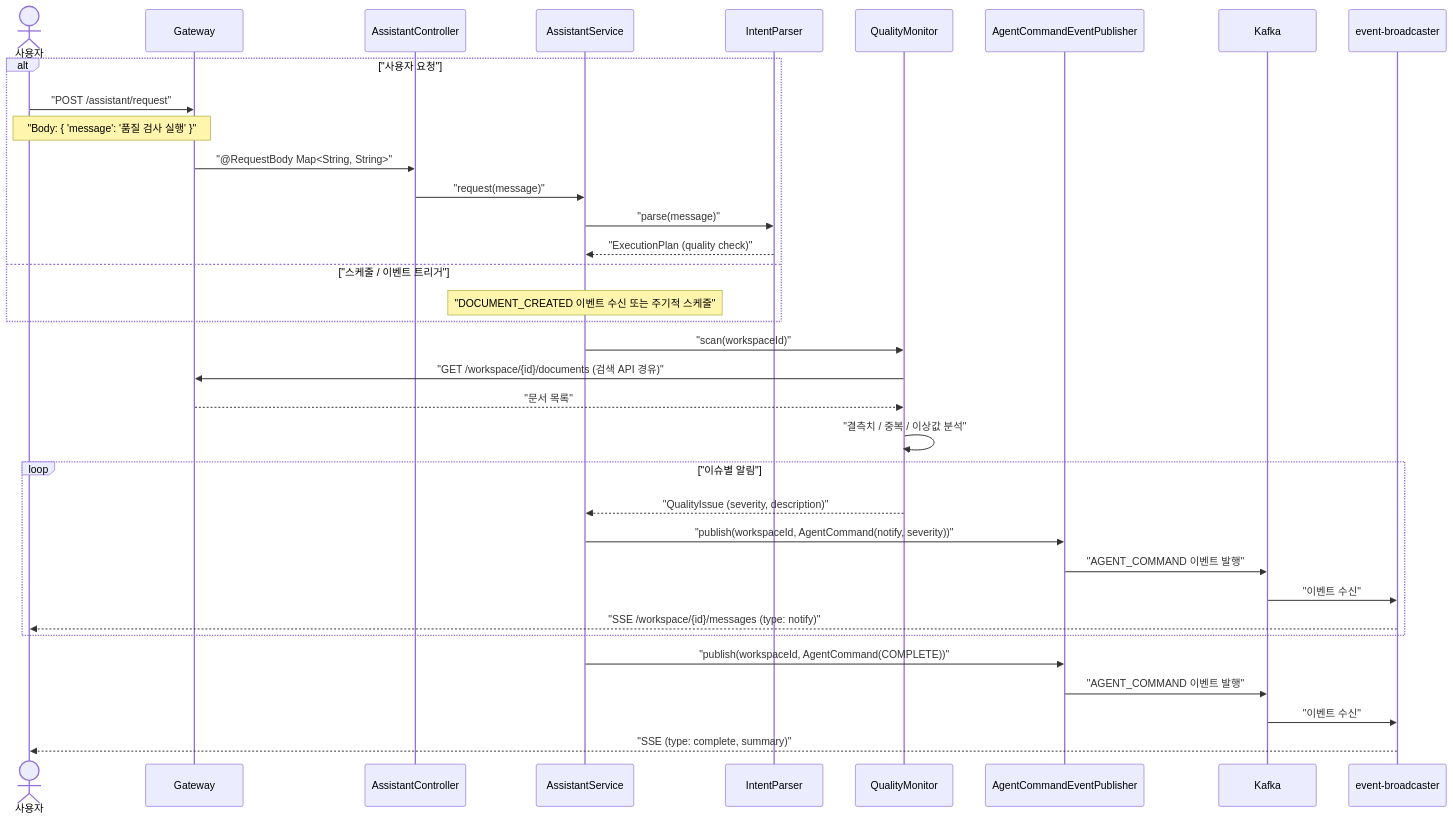
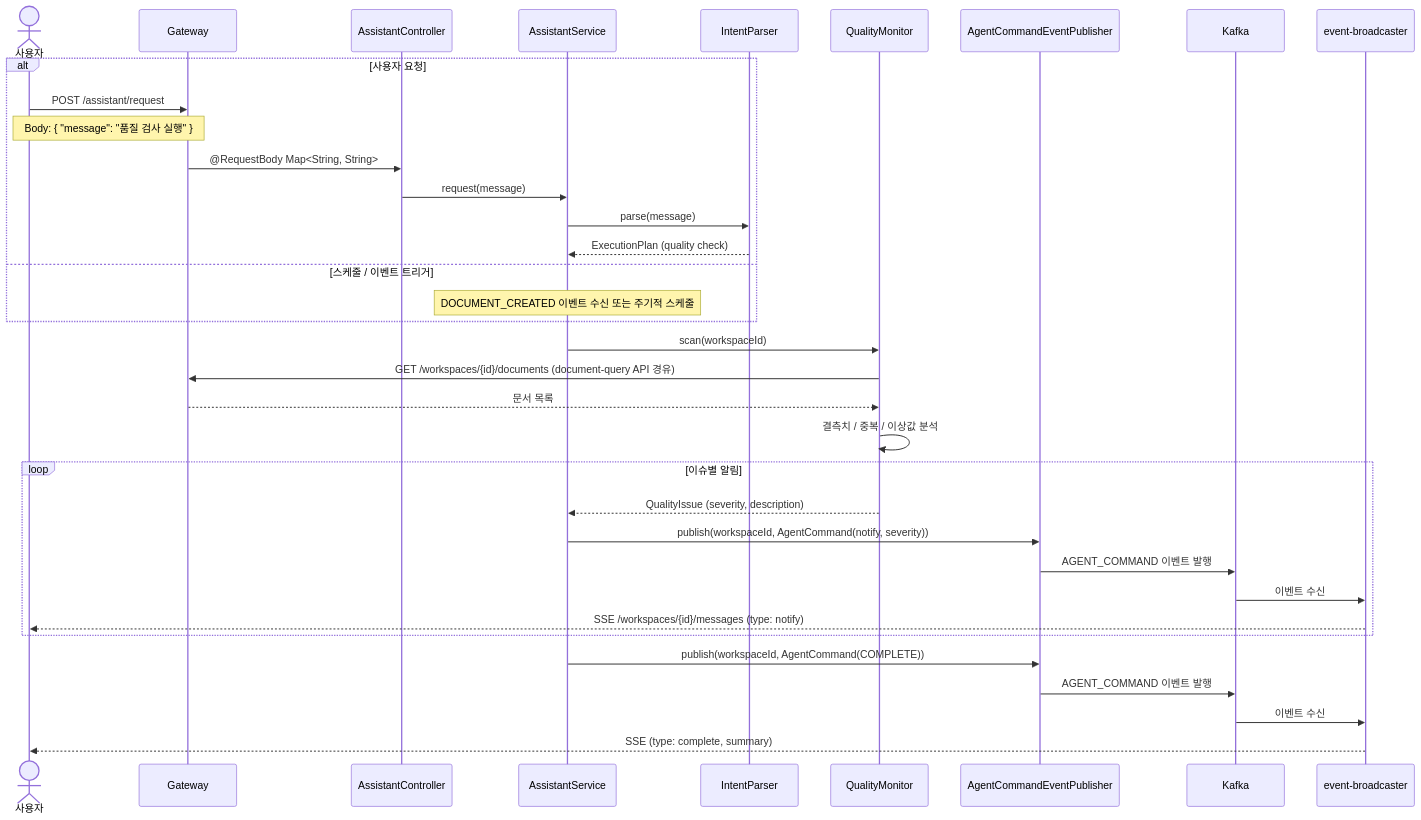
The fifth of 13 diagrams in assistant/USECASE.md (sayaya1090/handbook), drawn with Mermaid before and after one commit. The commit also changed other lines of this file and 58 other files, not shown here.

````diff
--- a/assistant/USECASE.md
+++ b/assistant/USECASE.md
@@ -156,41 +156,41 @@
 ```mermaid
 sequenceDiagram
     actor User as 사용자
     participant GW as Gateway
     participant Ctrl as AssistantController
     participant Svc as AssistantService
     participant Parser as IntentParser
     participant QM as QualityMonitor
     participant Pub as AgentCommandEventPublisher
     participant K as Kafka
     participant EB as event-broadcaster
 
-    alt "사용자 요청"
-        User->>GW: "POST /assistant/request"
-        Note over User,GW: "Body: { 'message': '품질 검사 실행' }"
-        GW->>Ctrl: "@RequestBody Map<String, String>"
-        Ctrl->>Svc: "request(message)"
-        Svc->>Parser: "parse(message)"
-        Parser-->>Svc: "ExecutionPlan (quality check)"
-    else "스케줄 / 이벤트 트리거"
-        Note over Svc: "DOCUMENT_CREATED 이벤트 수신 또는 주기적 스케줄"
+    alt 사용자 요청
+        User->>GW: POST /assistant/request
+        Note over User,GW: Body: { "message": "품질 검사 실행" }
+        GW->>Ctrl: @RequestBody Map<String, String>
+        Ctrl->>Svc: request(message)
+        Svc->>Parser: parse(message)
+        Parser-->>Svc: ExecutionPlan (quality check)
+    else 스케줄 / 이벤트 트리거
+        Note over Svc: DOCUMENT_CREATED 이벤트 수신 또는 주기적 스케줄
     end
 
-    Svc->>QM: "scan(workspaceId)"
-    QM->>GW: "GET /workspace/{id}/documents (검색 API 경유)"
-    GW-->>QM: "문서 목록"
-    QM->>QM: "결측치 / 중복 / 이상값 분석"
+    Svc->>QM: scan(workspaceId)
+    QM->>GW: GET /workspaces/{id}/documents (document-query API 경유)
+    GW-->>QM: 문서 목록
+    QM->>QM: 결측치 / 중복 / 이상값 분석
 
-    loop "이슈별 알림"
-        QM-->>Svc: "QualityIssue (severity, description)"
-        Svc->>Pub: "publish(workspaceId, AgentCommand(notify, severity))"
-        Pub->>K: "AGENT_COMMAND 이벤트 발행"
-        K->>EB: "이벤트 수신"
-        EB-->>User: "SSE /workspace/{id}/messages (type: notify)"
+    loop 이슈별 알림
+        QM-->>Svc: QualityIssue (severity, description)
+        Svc->>Pub: publish(workspaceId, AgentCommand(notify, severity))
+        Pub->>K: AGENT_COMMAND 이벤트 발행
+        K->>EB: 이벤트 수신
+        EB-->>User: SSE /workspaces/{id}/messages (type: notify)
     end
 
-    Svc->>Pub: "publish(workspaceId, AgentCommand(COMPLETE))"
-    Pub->>K: "AGENT_COMMAND 이벤트 발행"
-    K->>EB: "이벤트 수신"
-    EB-->>User: "SSE (type: complete, summary)"
+    Svc->>Pub: publish(workspaceId, AgentCommand(COMPLETE))
+    Pub->>K: AGENT_COMMAND 이벤트 발행
+    K->>EB: 이벤트 수신
+    EB-->>User: SSE (type: complete, summary)
 ```
````
